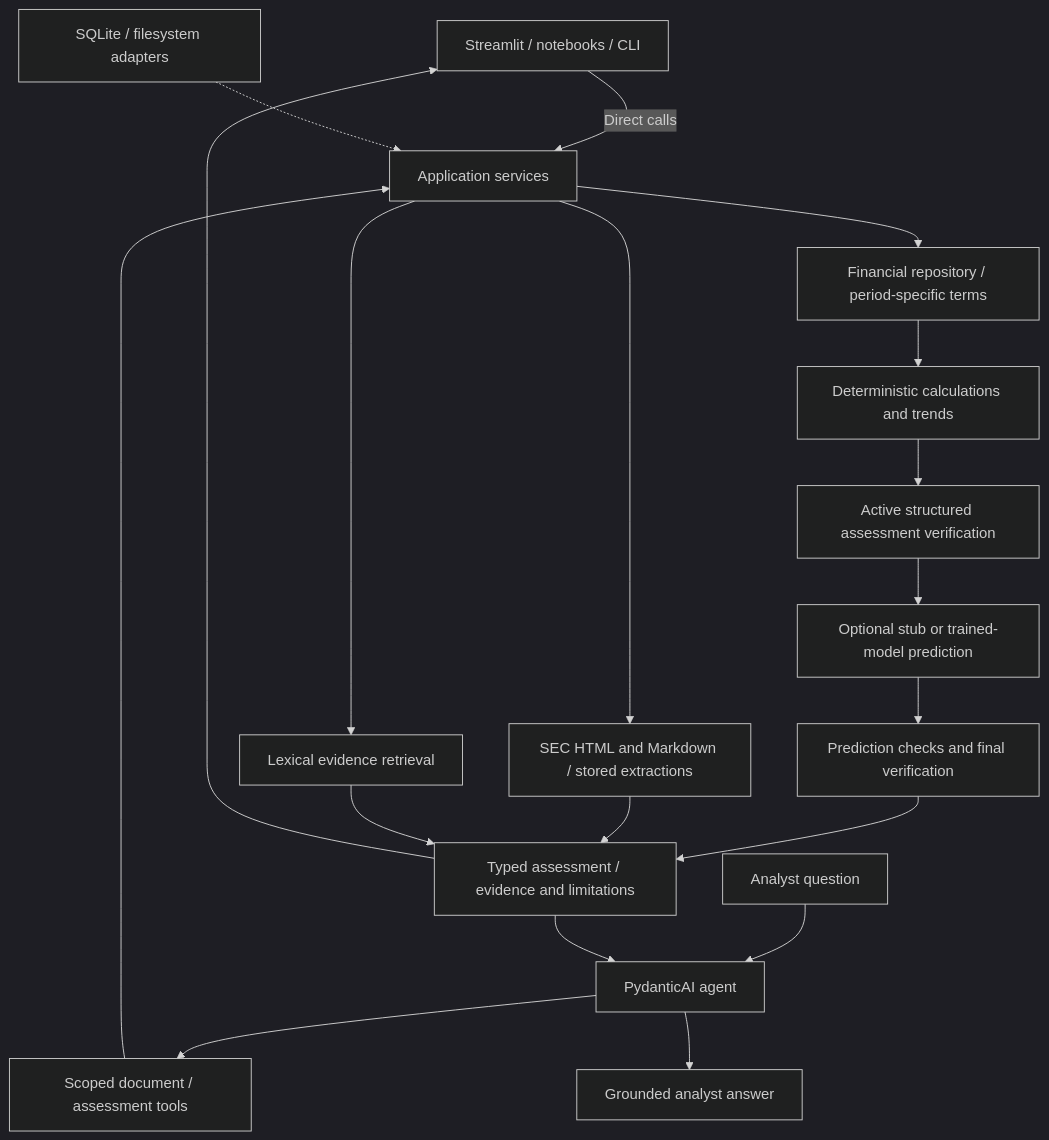
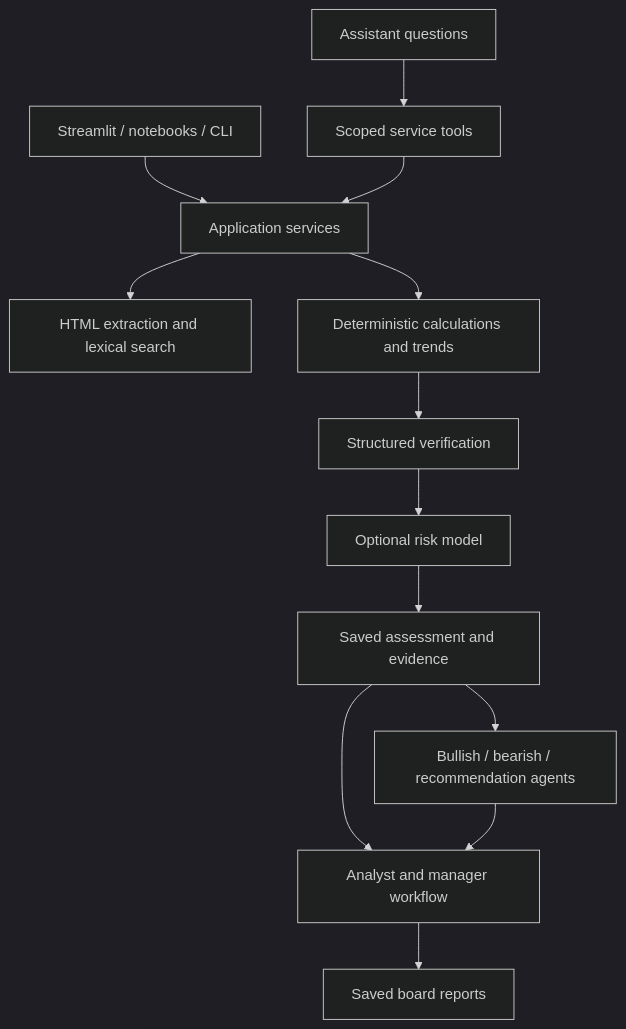
One commit to brunopiresr/capstone-ai-private-credit changed the diagram in docs/project/architecture.md. Above: the diagram before and after it, drawn with Mermaid (dark theme). The commit also changed other lines of this file and 26 other files, not shown here.

````diff
--- a/docs/project/architecture.md
+++ b/docs/project/architecture.md
@@ -9,21 +7,15 @@
 ```mermaid
 flowchart TD
-    UI[Streamlit / notebooks / CLI] -->|Direct calls| S[Application services]
-    Q[Analyst question] --> A[PydanticAI agent]
-    A --> T[Scoped document / assessment tools]
+    UI[Streamlit / notebooks / CLI] --> S[Application services]
+    S --> D[HTML extraction and lexical search]
+    S --> C[Deterministic calculations and trends]
+    C --> V[Structured verification]
+    V --> M[Optional risk model]
+    M --> A[Saved assessment and evidence]
+    A --> R[Bullish / bearish / recommendation agents]
+    A --> W[Analyst and manager workflow]
+    R --> W
+    W --> B[Saved board reports]
+    Q[Assistant questions] --> T[Scoped service tools]
     T --> S
-    S --> D[SEC HTML and Markdown / stored extractions]
-    S --> L[Lexical evidence retrieval]
-    S --> F[Financial repository / period-specific terms]
-    F --> C[Deterministic calculations and trends]
-    C --> V[Active structured assessment verification]
-    V --> M[Optional stub or trained-model prediction]
-    M --> P[Prediction checks and final verification]
-    P --> R[Typed assessment / evidence and limitations]
-    D --> R
-    L --> R
-    R --> A
-    A --> N[Grounded analyst answer]
-    R --> UI
-    DB[SQLite / filesystem adapters] -.-> S
 ```
````
